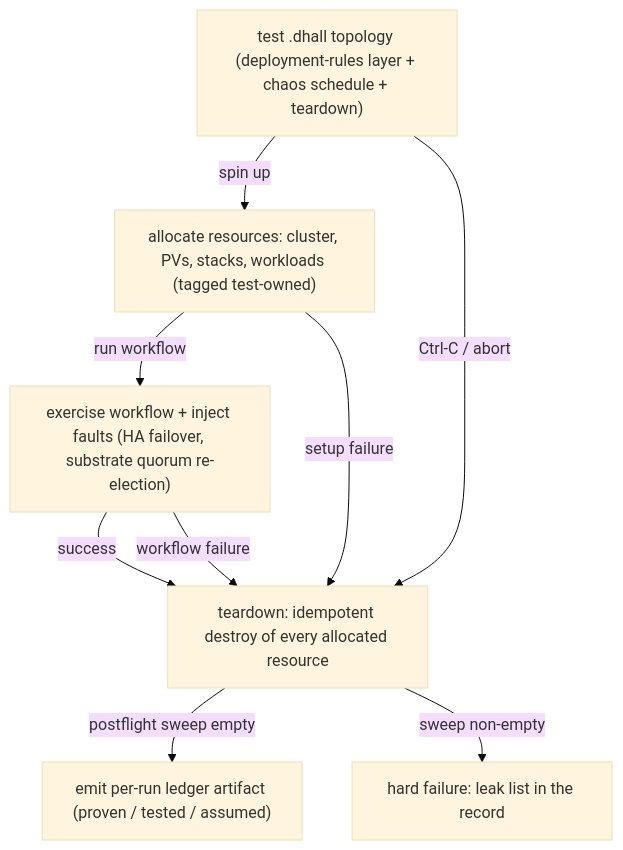
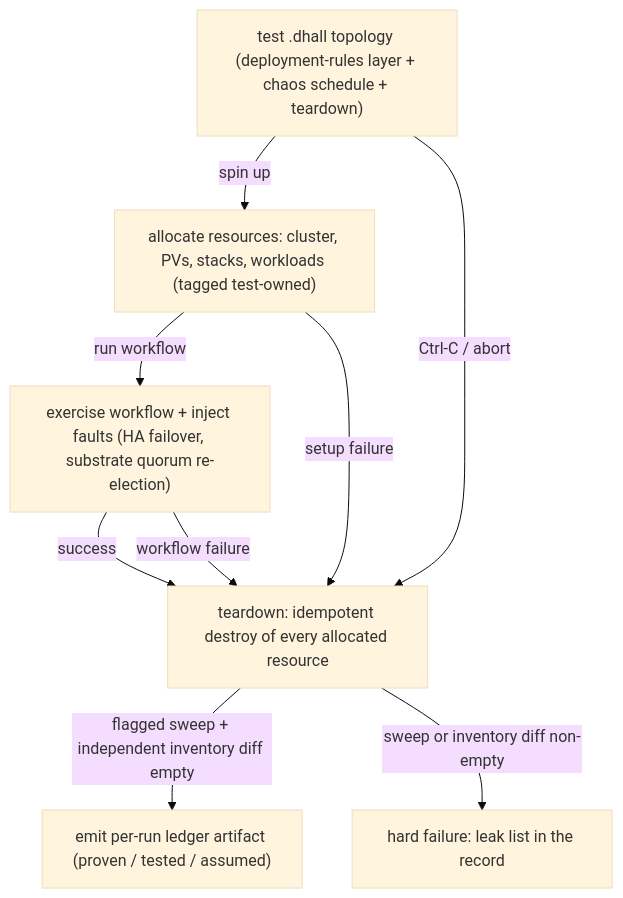
Before and after one commit to Tuee22/amoebius: the first of 2 diagrams in documents/engineering/testing_doctrine.md, drawn with Mermaid (base theme). The commit also changed other lines of this file and 26 other files, not shown here.

````diff
--- a/documents/engineering/testing_doctrine.md
+++ b/documents/engineering/testing_doctrine.md
@@ -129,11 +130,11 @@
 ```mermaid
 flowchart TD
   spec["test .dhall topology (deployment-rules layer + chaos schedule + teardown)"] -->|spin up| up["allocate resources: cluster, PVs, stacks, workloads (tagged test-owned)"]
   up -->|run workflow| run["exercise workflow + inject faults (HA failover, substrate quorum re-election)"]
   run -->|success| down["teardown: idempotent destroy of every allocated resource"]
   run -->|workflow failure| down
   up -->|setup failure| down
   spec -->|Ctrl-C / abort| down
-  down -->|postflight sweep empty| ledger["emit per-run ledger artifact (proven / tested / assumed)"]
-  down -->|sweep non-empty| fail["hard failure: leak list in the record"]
+  down -->|flagged sweep + independent inventory diff empty| ledger["emit per-run ledger artifact (proven / tested / assumed)"]
+  down -->|sweep or inventory diff non-empty| fail["hard failure: leak list in the record"]
 ```
````
